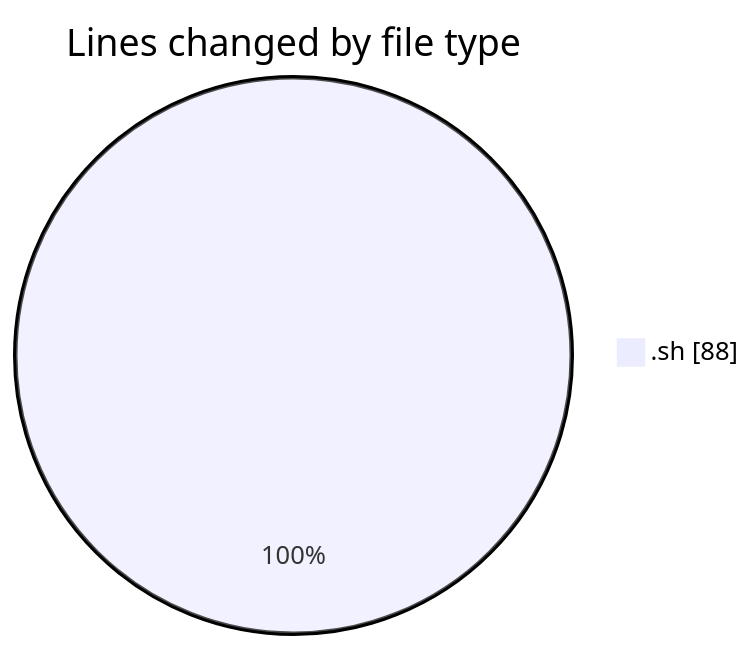
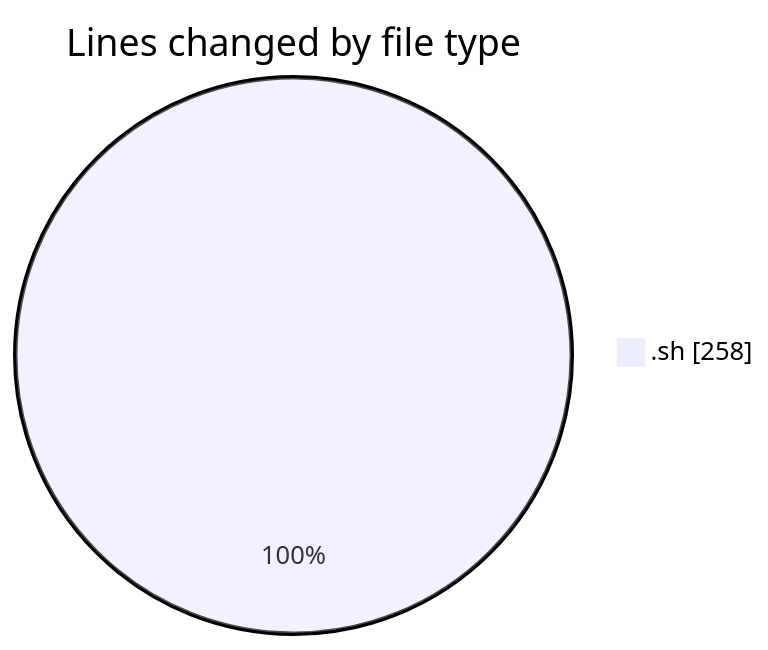
Before and after one commit to ricardozamudiocil/code-tracking: the first of 2 diagrams in 2026-03-20/scripts/README.md, drawn with Mermaid. The commit also changed other lines of this file and 1 other file, not shown here.

````diff
--- a/2026-03-20/scripts/README.md
+++ b/2026-03-20/scripts/README.md
@@ -20,5 +20,5 @@
 ```mermaid
 pie showData
 title Lines changed by file type
-".sh" : 88
+".sh" : 258
 ```
````
